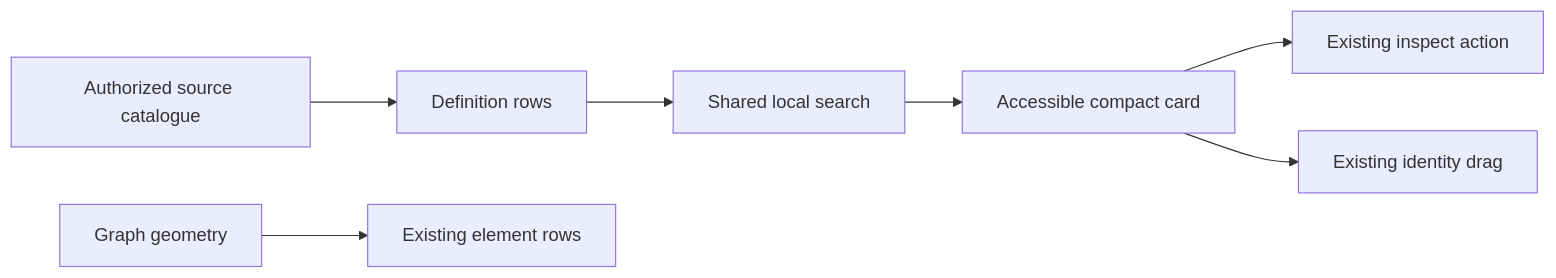
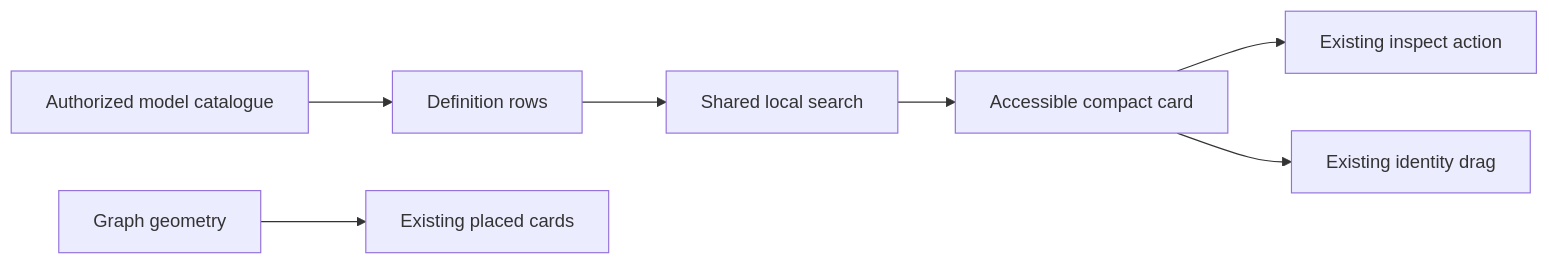
One commit to dunay2/dvt changed diagram 18 of 20 in docs/architecture/components/web/graph/canvas-shell-component.md. Above: the diagram before and after it, drawn with Mermaid. The commit also changed other lines of this file and 424 other files, not shown here.

````diff
--- a/docs/architecture/components/web/graph/canvas-shell-component.md
+++ b/docs/architecture/components/web/graph/canvas-shell-component.md
@@ -837,9 +979,9 @@
 ```mermaid
 flowchart LR
-  Catalogue[Authorized source catalogue] --> Projection[Definition rows]
+  Catalogue[Authorized model catalogue] --> Projection[Definition rows]
   Projection --> Search[Shared local search]
   Search --> Card[Accessible compact card]
   Card --> Inspect[Existing inspect action]
   Card --> Drag[Existing identity drag]
-  Graph[Graph geometry] --> Elements[Existing element rows]
+  Graph[Graph geometry] --> Elements[Existing placed cards]
 ```
````
